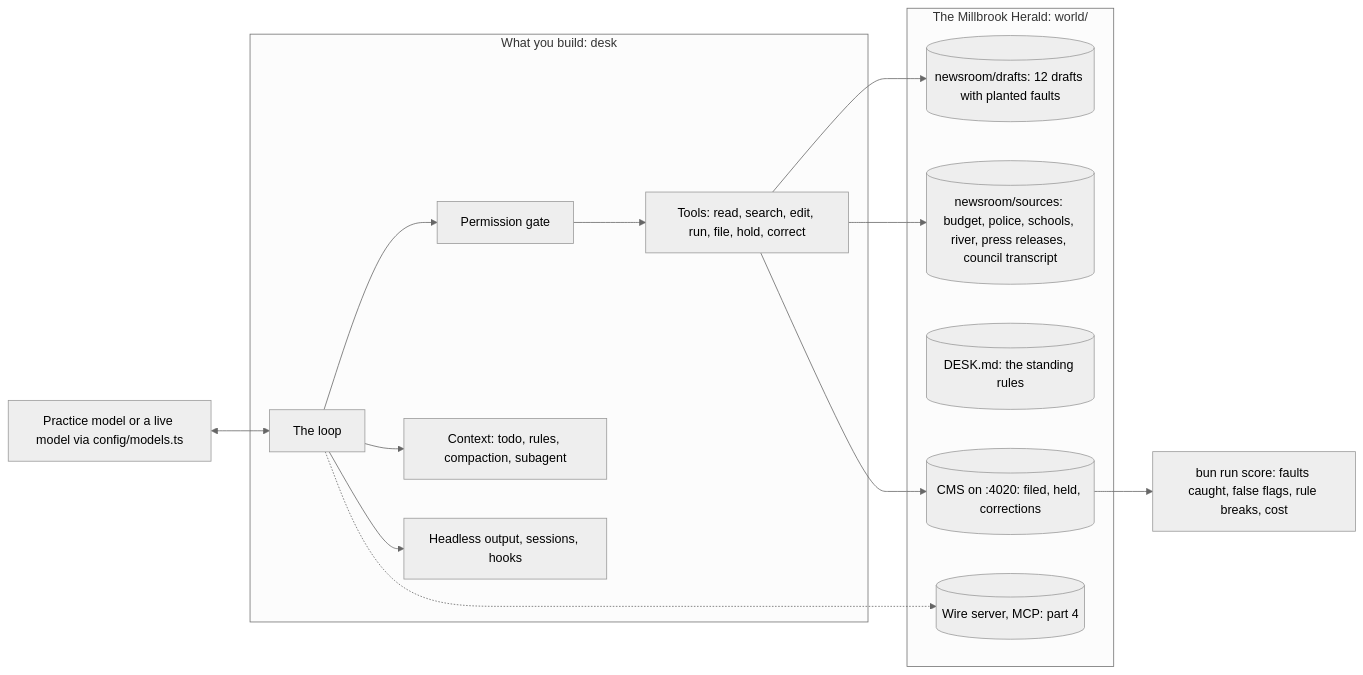
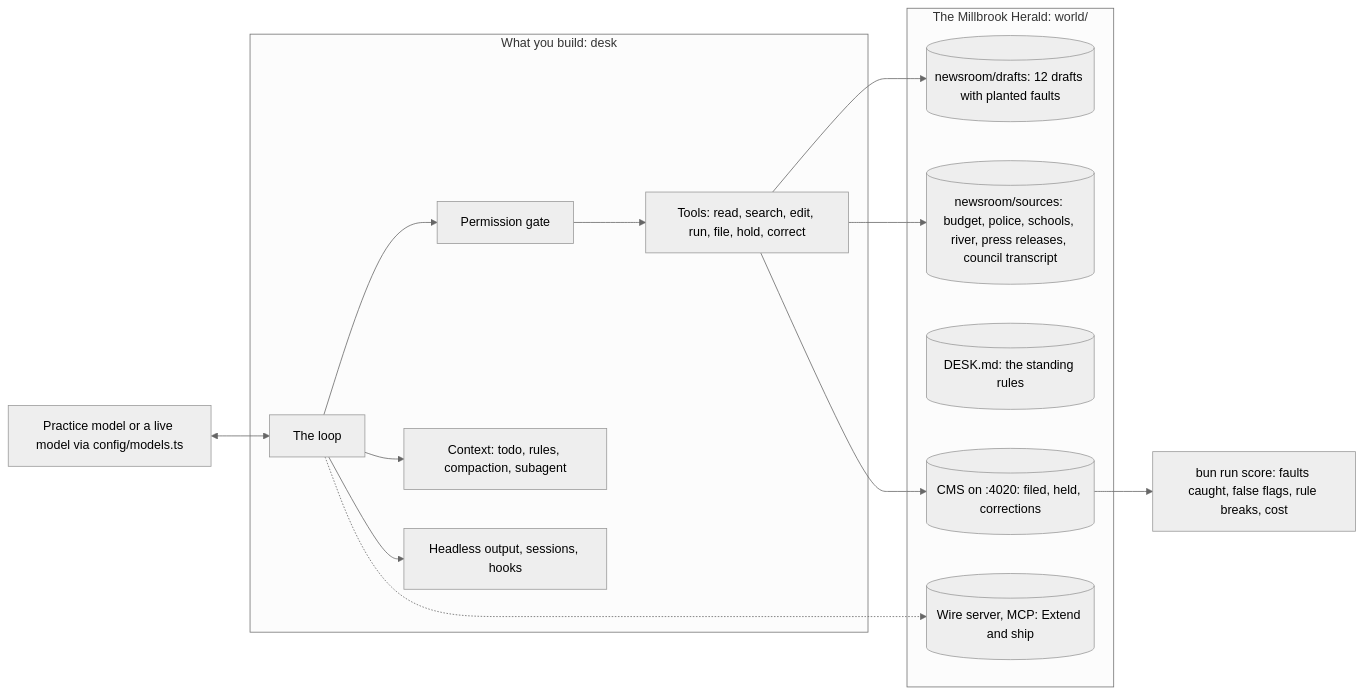
One commit to learnwithparam/agentic-cli-workshop changed the diagram in README.md. Above: the diagram before and after it, drawn with Mermaid (neutral theme). The commit also changed other lines of this file and 81 other files, not shown here.

````diff
--- a/README.md
+++ b/README.md
@@ -84,22 +84,22 @@
 ```mermaid
 flowchart LR
   subgraph World[The Millbrook Herald: world/]
     D[(newsroom/drafts: 12 drafts with planted faults)]
     S[(newsroom/sources: budget, police, schools, river, press releases, council transcript)]
     R[(DESK.md: the standing rules)]
     C[(CMS on :4020: filed, held, corrections)]
-    W[(Wire server, MCP: part 4)]
+    W[(Wire server, MCP: Extend and ship)]
   end
   subgraph You[What you build: desk]
     L[The loop] --> G[Permission gate]
     G --> T[Tools: read, search, edit, run, file, hold, correct]
     L --> X[Context: todo, rules, compaction, subagent]
     L --> O[Headless output, sessions, hooks]
   end
   M[Practice model or a live model via config/models.ts] <--> L
   T --> D
   T --> S
   T --> C
   L -.-> W
   C --> SC[bun run score: faults caught, false flags, rule breaks, cost]
 ```
````
